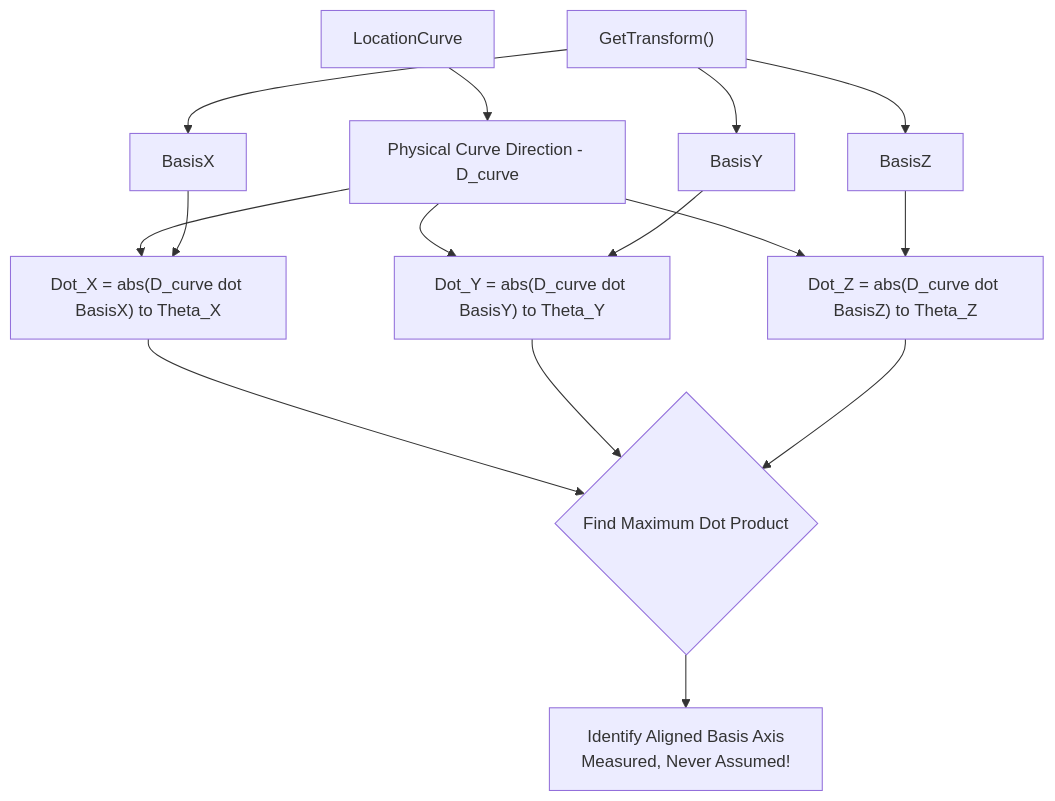
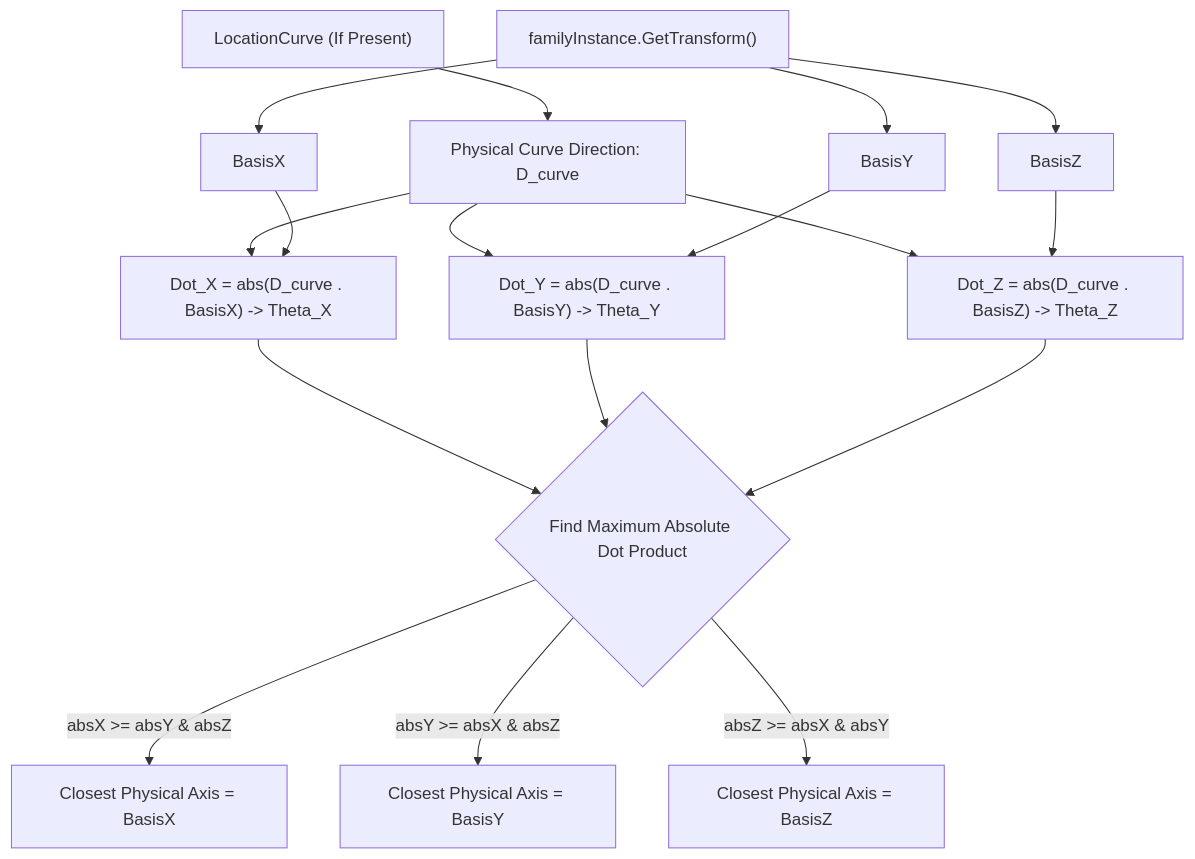
One commit to Mustafa-TOMMY/CommandSamplesRevitApiVer2025 changed diagram 19 of 21 in RevitApiSamples/Samples/TransformModule/TransformModule.md. Above: the diagram before and after it, drawn with Mermaid. The commit also changed other lines of this file, not shown here.

Commit message:
Update mermaid file

````diff
--- a/RevitApiSamples/Samples/TransformModule/TransformModule.md
+++ b/RevitApiSamples/Samples/TransformModule/TransformModule.md
@@ -617,14 +766,21 @@
 ```mermaid
 flowchart TD
-    LC["LocationCurve"] --> DC["Physical Curve Direction - D_curve"]
-    T["GetTransform()"] --> BX["BasisX"]
+    LC["LocationCurve (If Present)"] --> DC["Physical Curve Direction: D_curve"]
+    T["familyInstance.GetTransform()"] --> BX["BasisX"]
     T --> BY["BasisY"]
     T --> BZ["BasisZ"]
 
-    DC & BX --> DX["Dot_X = abs(D_curve dot BasisX) to Theta_X"]
-    DC & BY --> DY["Dot_Y = abs(D_curve dot BasisY) to Theta_Y"]
-    DC & BZ --> DZ["Dot_Z = abs(D_curve dot BasisZ) to Theta_Z"]
+    DC --> DX["Dot_X = abs(D_curve . BasisX) -> Theta_X"]
+    BX --> DX
+    DC --> DY["Dot_Y = abs(D_curve . BasisY) -> Theta_Y"]
+    BY --> DY
+    DC --> DZ["Dot_Z = abs(D_curve . BasisZ) -> Theta_Z"]
+    BZ --> DZ
 
-    DX & DY & DZ --> MATCH{"Find Maximum Dot Product"}
-    MATCH --> RES["Identify Aligned Basis Axis<br/>Measured, Never Assumed!"]
+    DX --> MAX{"Find Maximum Absolute Dot Product"}
+    DY --> MAX
+    DZ --> MAX
+    MAX -->|absX >= absY & absZ| RX["Closest Physical Axis = BasisX"]
+    MAX -->|absY >= absX & absZ| RY["Closest Physical Axis = BasisY"]
+    MAX -->|absZ >= absX & absY| RZ["Closest Physical Axis = BasisZ"]
 ```
````
